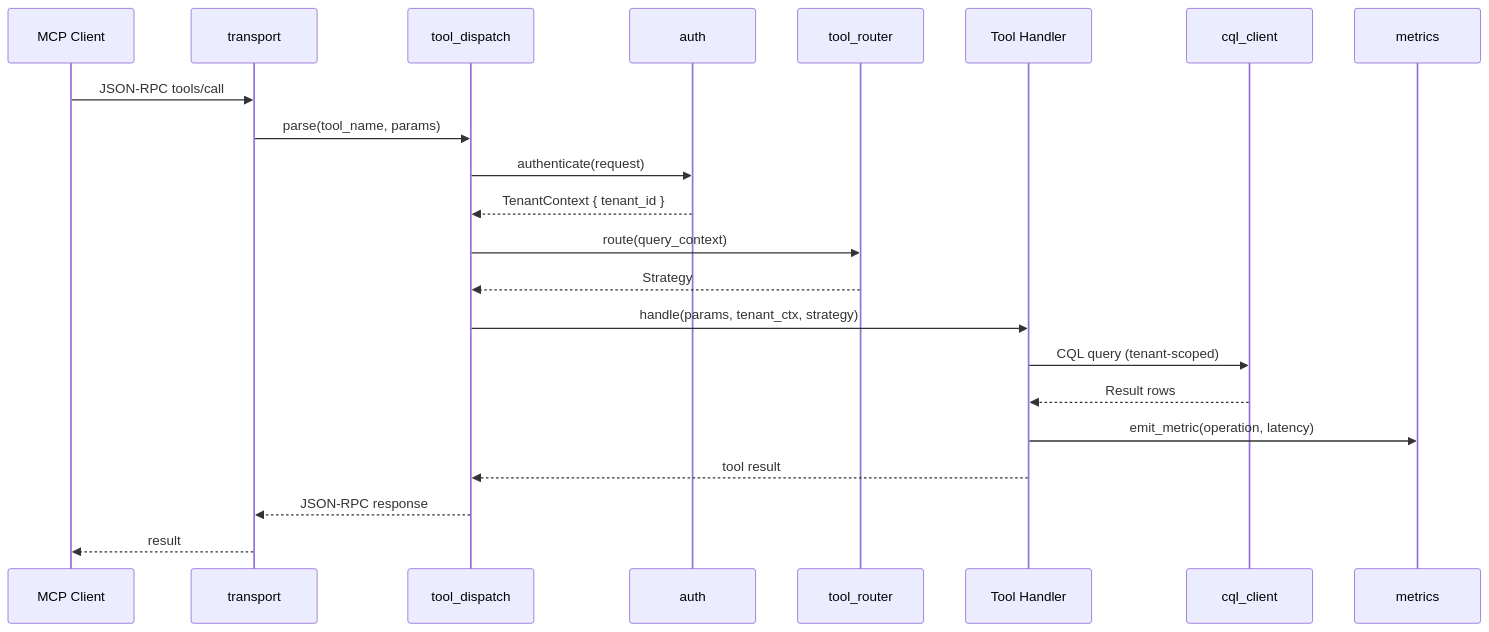
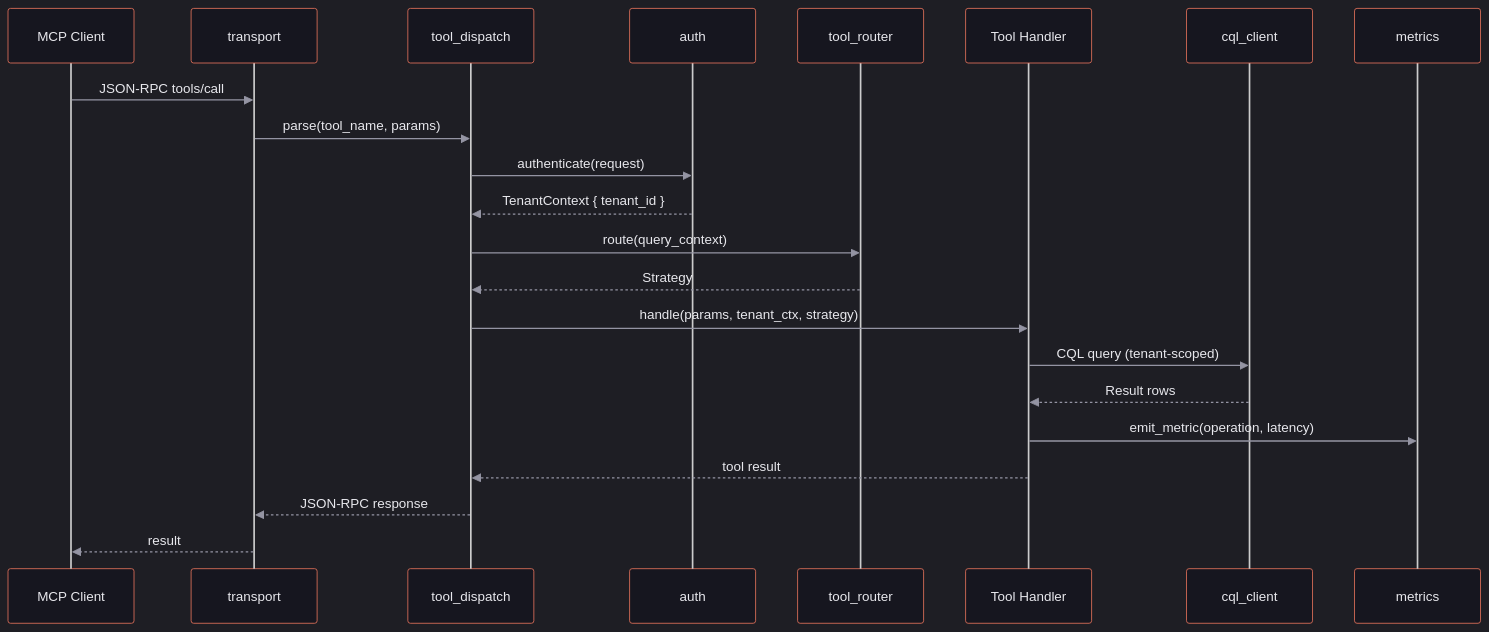
The first of 7 diagrams in specs/data-flow.md (ferrosadb/ferrosa-memory), drawn with Mermaid before and after one commit. The commit also changed other lines of this file and 5 other files, not shown here.

First line of the commit message:
style: apply Ferrosa brand dark theme to all Mermaid diagrams

````diff
--- a/specs/data-flow.md
+++ b/specs/data-flow.md
@@ -7,25 +7,26 @@
 ```mermaid
+%%{init: {'theme':'dark','themeVariables':{'actorBkg':'#16161f','actorTextColor':'#e8e8ed','actorBorder':'#e2725b','signalColor':'#9494a3','signalTextColor':'#e8e8ed','labelBoxBkgColor':'#16161f','labelBoxBorderColor':'#e2725b','labelTextColor':'#e8e8ed','loopTextColor':'#e8e8ed','noteBkgColor':'#1c1c28','noteBorderColor':'#d4a574','noteTextColor':'#e8e8ed','activationBkgColor':'#1c1c28','activationBorderColor':'#e2725b'}}}%%
 sequenceDiagram
     participant C as MCP Client
     participant T as transport
     participant D as tool_dispatch
     participant A as auth
     participant R as tool_router
     participant H as Tool Handler
     participant S as cql_client
     participant M as metrics
 
     C->>T: JSON-RPC tools/call
     T->>D: parse(tool_name, params)
     D->>A: authenticate(request)
     A-->>D: TenantContext { tenant_id }
     D->>R: route(query_context)
     R-->>D: Strategy
     D->>H: handle(params, tenant_ctx, strategy)
     H->>S: CQL query (tenant-scoped)
     S-->>H: Result rows
     H->>M: emit_metric(operation, latency)
     H-->>D: tool result
     D-->>T: JSON-RPC response
     T-->>C: result
 ```
````
